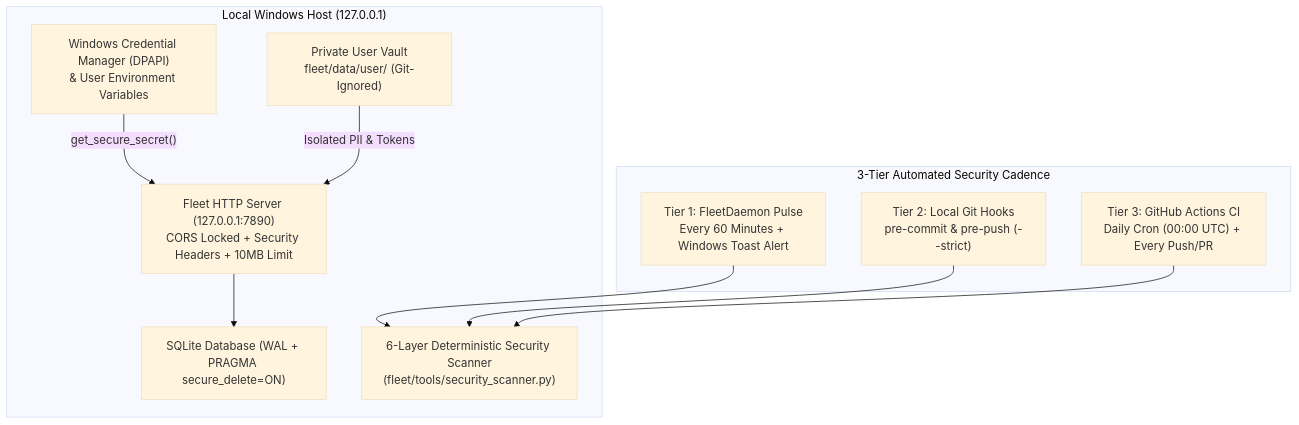
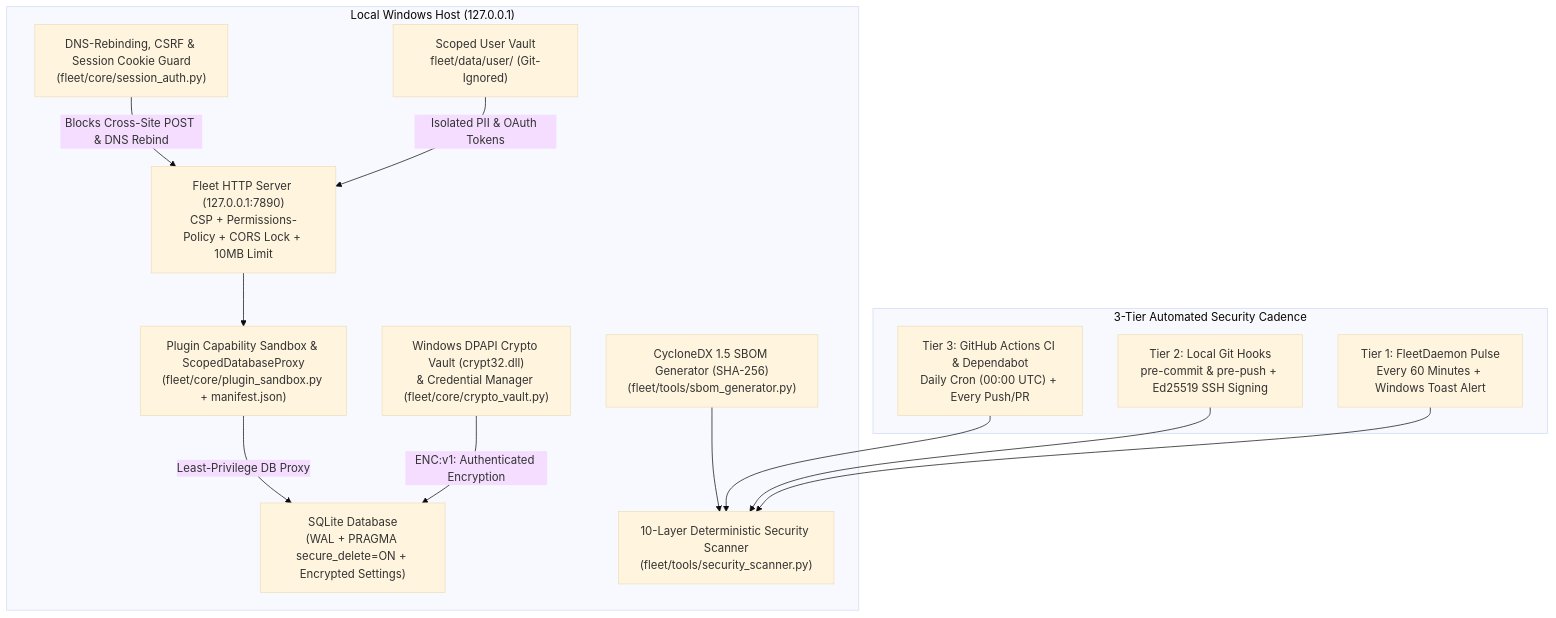
The diagram in docs/SECURITY_ARCHITECTURE_AND_ROADMAP.md (macazaka/personal-agentic-fleet), drawn with Mermaid (base theme) before and after one commit. The commit also changed other lines of this file and 22 other files, not shown here.

Commit message:
feat(security): execute Phase 2 security suite (DPAPI crypto vault, DNS-rebinding/CSRF guard, CSP, plugin capability sandbox, CycloneDX SBOM, and 10-layer scanner)

````diff
--- a/docs/SECURITY_ARCHITECTURE_AND_ROADMAP.md
+++ b/docs/SECURITY_ARCHITECTURE_AND_ROADMAP.md
@@ -9,23 +9,29 @@
 ```mermaid
 flowchart TD
     subgraph UserMachine["Local Windows Host (127.0.0.1)"]
-        Vault["Private User Vault\nfleet/data/user/ (Git-Ignored)"]
-        DPAPI["Windows Credential Manager (DPAPI)\n& User Environment Variables"]
-        Server["Fleet HTTP Server (127.0.0.1:7890)\nCORS Locked + Security Headers + 10MB Limit"]
-        DB["SQLite Database (WAL + PRAGMA secure_delete=ON)"]
-        Scanner["6-Layer Deterministic Security Scanner\n(fleet/tools/security_scanner.py)"]
+        Vault["Scoped User Vault\nfleet/data/user/ (Git-Ignored)"]
+        DPAPI["Windows DPAPI Crypto Vault (crypt32.dll)\n& Credential Manager (fleet/core/crypto_vault.py)"]
+        Auth["DNS-Rebinding, CSRF & Session Cookie Guard\n(fleet/core/session_auth.py)"]
+        Server["Fleet HTTP Server (127.0.0.1:7890)\nCSP + Permissions-Policy + CORS Lock + 10MB Limit"]
+        Sandbox["Plugin Capability Sandbox & ScopedDatabaseProxy\n(fleet/core/plugin_sandbox.py + manifest.json)"]
+        DB["SQLite Database\n(WAL + PRAGMA secure_delete=ON + Encrypted Settings)"]
+        SBOM["CycloneDX 1.5 SBOM Generator (SHA-256)\n(fleet/tools/sbom_generator.py)"]
+        Scanner["10-Layer Deterministic Security Scanner\n(fleet/tools/security_scanner.py)"]
     end
 
     subgraph Automation["3-Tier Automated Security Cadence"]
         T1["Tier 1: FleetDaemon Pulse\nEvery 60 Minutes + Windows Toast Alert"]
-        T2["Tier 2: Local Git Hooks\npre-commit & pre-push (--strict)"]
-        T3["Tier 3: GitHub Actions CI\nDaily Cron (00:00 UTC) + Every Push/PR"]
+        T2["Tier 2: Local Git Hooks\npre-commit & pre-push + Ed25519 SSH Signing"]
+        T3["Tier 3: GitHub Actions CI & Dependabot\nDaily Cron (00:00 UTC) + Every Push/PR"]
     end
 
-    DPAPI -->|"get_secure_secret()"| Server
-    Vault -->|"Isolated PII & Tokens"| Server
-    Server --> DB
+    DPAPI -->|"ENC:v1: Authenticated Encryption"| DB
+    Vault -->|"Isolated PII & OAuth Tokens"| Server
+    Auth -->|"Blocks Cross-Site POST & DNS Rebind"| Server
+    Server --> Sandbox
+    Sandbox -->|"Least-Privilege DB Proxy"| DB
     T1 --> Scanner
     T2 --> Scanner
     T3 --> Scanner
+    SBOM --> Scanner
 ```
````
